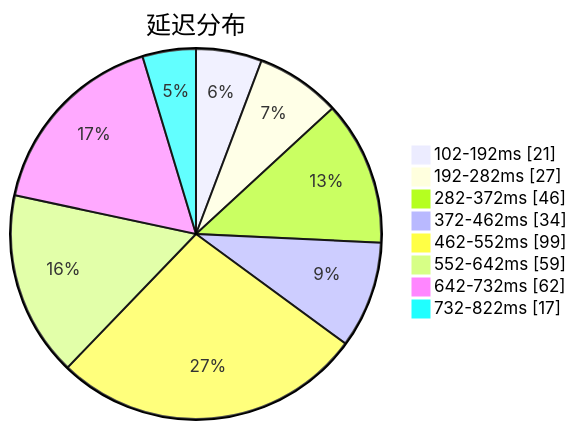
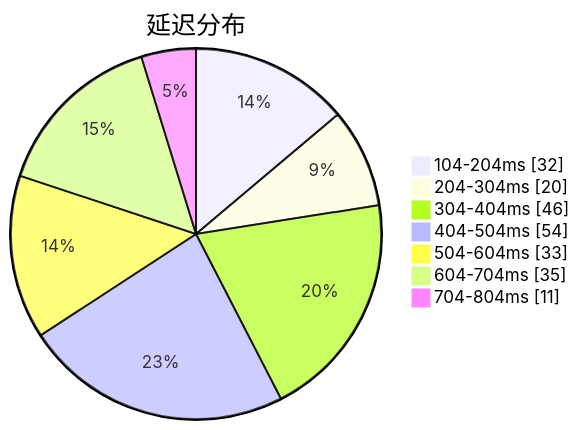
The first of 3 diagrams in subs/statistics/tested_within.md (sinspired/airport), drawn with Mermaid before and after one commit. The commit also changed other lines of this file and 2 other files, not shown here.

````diff
--- a/subs/statistics/tested_within.md
+++ b/subs/statistics/tested_within.md
@@ -2,12 +2,11 @@
 ```mermaid
 pie showData
 title 延迟分布
-"102-192ms" : 21
-"192-282ms" : 27
-"282-372ms" : 46
-"372-462ms" : 34
-"462-552ms" : 99
-"552-642ms" : 59
-"642-732ms" : 62
-"732-822ms" : 17
+"104-204ms" : 32
+"204-304ms" : 20
+"304-404ms" : 46
+"404-504ms" : 54
+"504-604ms" : 33
+"604-704ms" : 35
+"704-804ms" : 11
 ```
````
